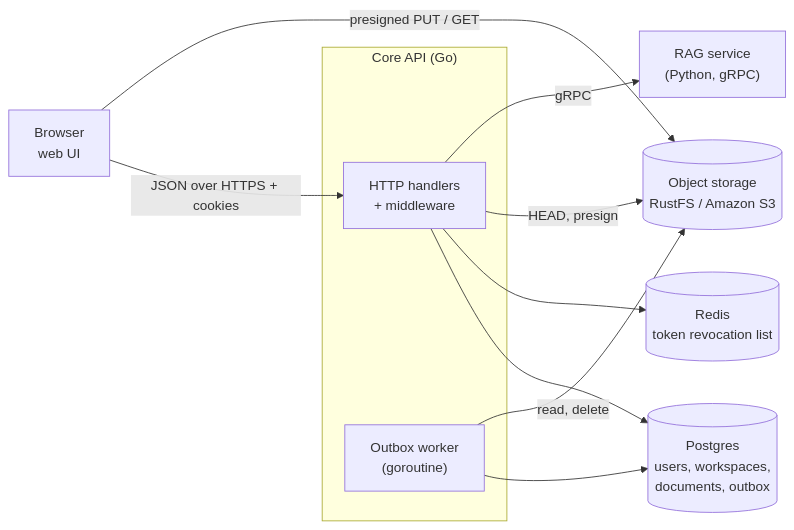
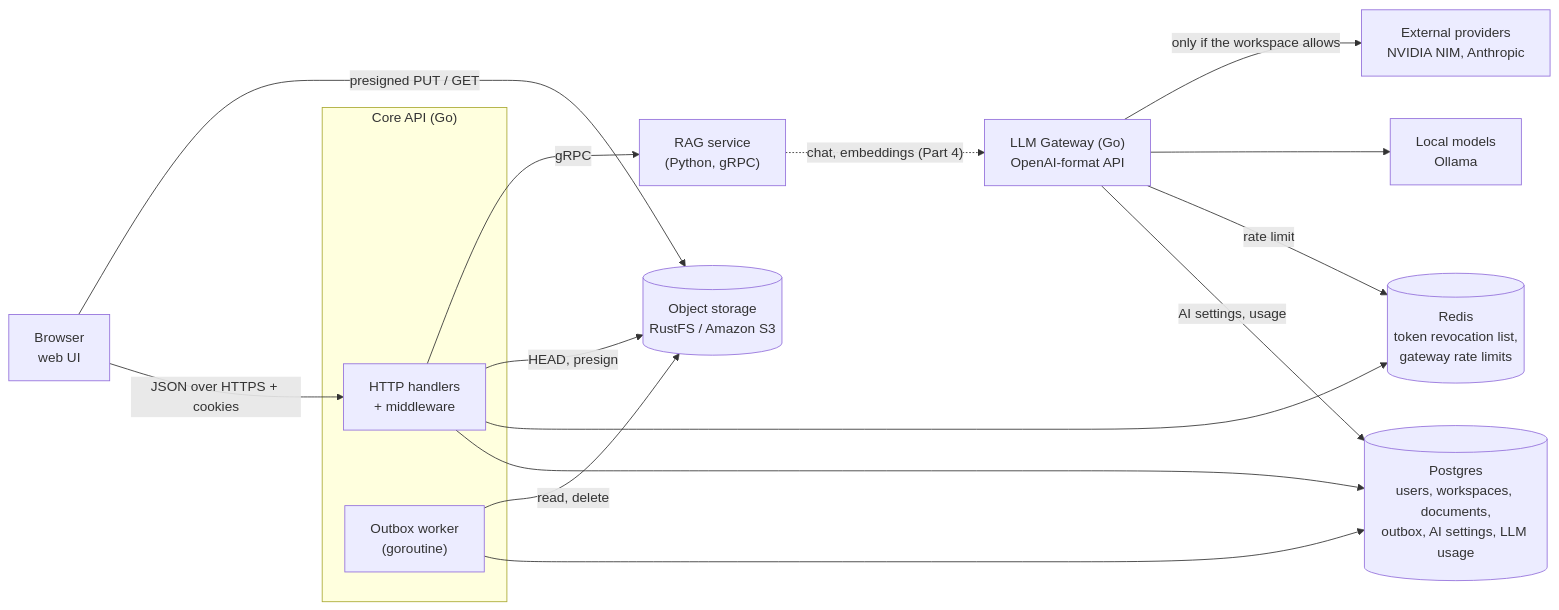
Before and after one commit to NKDfoolish/enclave: the first of 29 diagrams in docs/flows.md, drawn with Mermaid. The commit also changed other lines of this file and 93 other files, not shown here.

Commit message:
feat: add LLM gateway with provider fallback, rate limits and usage accounting (Part 3)

````diff
--- a/docs/flows.md
+++ b/docs/flows.md
@@ -16,21 +17,29 @@
 ```mermaid
 flowchart LR
     Browser["Browser<br/>web UI"]
     subgraph API["Core API (Go)"]
         HTTP["HTTP handlers<br/>+ middleware"]
         Worker["Outbox worker<br/>(goroutine)"]
     end
     RAG["RAG service<br/>(Python, gRPC)"]
-    PG[("Postgres<br/>users, workspaces,<br/>documents, outbox")]
-    Redis[("Redis<br/>token revocation list")]
+    GW["LLM Gateway (Go)<br/>OpenAI-format API"]
+    PG[("Postgres<br/>users, workspaces, documents,<br/>outbox, AI settings, LLM usage")]
+    Redis[("Redis<br/>token revocation list,<br/>gateway rate limits")]
     S3[("Object storage<br/>RustFS / Amazon S3")]
+    Local["Local models<br/>Ollama"]
+    External["External providers<br/>NVIDIA NIM, Anthropic"]
 
     Browser -->|"JSON over HTTPS + cookies"| HTTP
     Browser -->|"presigned PUT / GET"| S3
     HTTP --> PG
     HTTP --> Redis
     HTTP -->|"HEAD, presign"| S3
     HTTP -->|"gRPC"| RAG
     Worker --> PG
     Worker -->|"read, delete"| S3
+    RAG -. "chat, embeddings (Part 4)" .-> GW
+    GW -->|"AI settings, usage"| PG
+    GW -->|"rate limit"| Redis
+    GW --> Local
+    GW -->|"only if the workspace allows"| External
 ```
````
